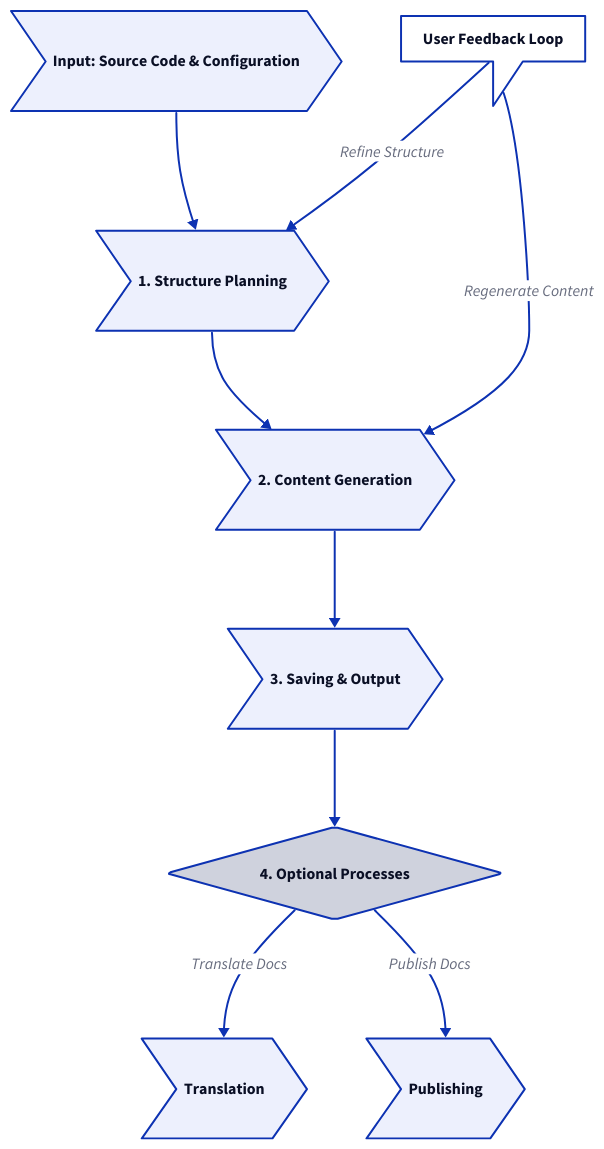
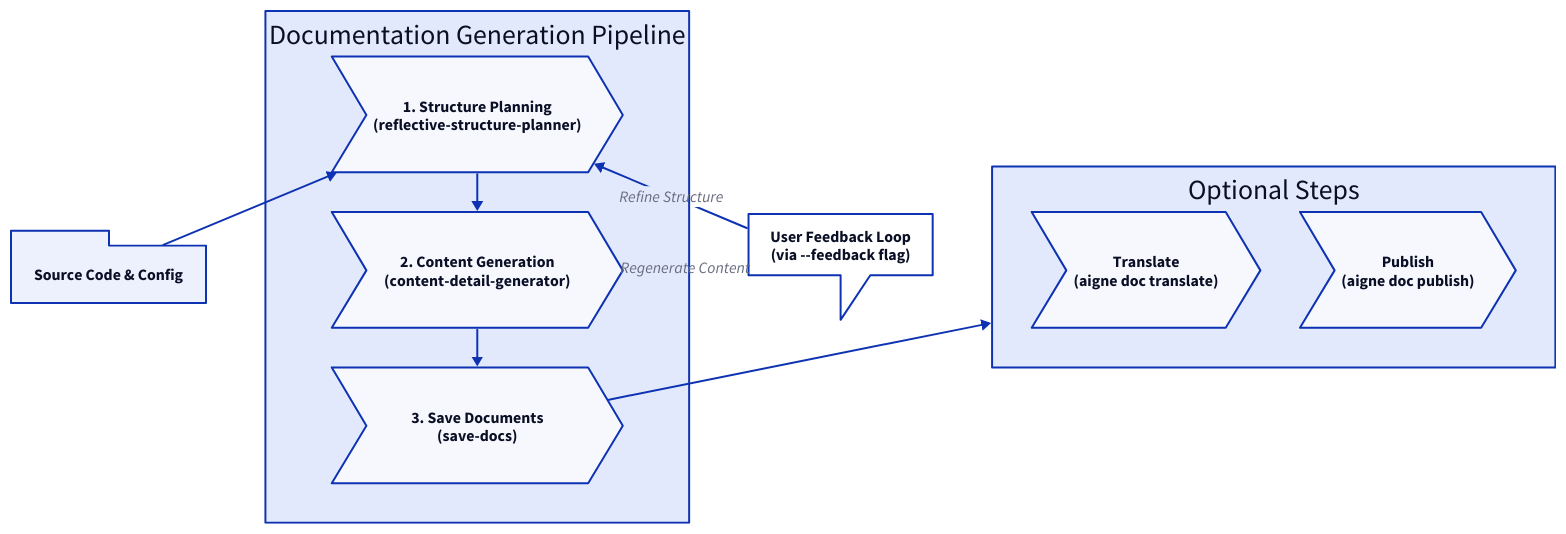
Before and after one commit to AIGNE-io/aigne-doc-smith: the diagram in docs/advanced-how-it-works.md, drawn with D2. The commit also changed other lines of this file and 35 other files, not shown here.

````diff
--- a/docs/advanced-how-it-works.md
+++ b/docs/advanced-how-it-works.md
@@ -21,55 +21,58 @@
 ```d2
 direction: down
 
-"Source Code & Config": {
-  shape: step
-  label: "Input: Source Code & Configuration"
+Input: {
+  label: "Source Code & Config"
+  shape: package
 }
 
-"Structure Planning": {
-  shape: step
-  label: "1. Structure Planning"
+Pipeline: {
+  label: "Documentation Generation Pipeline"
+  grid-columns: 1
+  grid-gap: 40
+
+  Structure-Planning: {
+    label: "1. Structure Planning\n(reflective-structure-planner)"
+    shape: step
+  }
+
+  Content-Generation: {
+    label: "2. Content Generation\n(content-detail-generator)"
+    shape: step
+  }
+
+  Saving: {
+    label: "3. Save Documents\n(save-docs)"
+    shape: step
+  }
 }
 
-"Content Generation": {
-  shape: step
-  label: "2. Content Generation"
+User-Feedback: {
+  label: "User Feedback Loop\n(via --feedback flag)"
+  shape: callout
 }
 
-"Saving & Output": {
-  shape: step
-  label: "3. Saving & Output"
+Optional-Steps: {
+  label: "Optional Steps"
+  grid-columns: 2
+  grid-gap: 40
+  
+  Translation: {
+    label: "Translate\n(aigne doc translate)"
+    shape: step
+  }
+
+  Publishing: {
+    label: "Publish\n(aigne doc publish)"
+    shape: step
+  }
 }
 
-"Optional Processes": {
-  shape: diamond
-  label: "4. Optional Processes"
-}
+Input -> Pipeline.Structure-Planning
+Pipeline.Structure-Planning -> Pipeline.Content-Generation
+Pipeline.Content-Generation -> Pipeline.Saving
+Pipeline.Saving -> Optional-Steps
 
-"Translation": {
-  shape: step
-  label: "Translation"
-}
-
-"Publishing": {
-  shape: step
-  label: "Publishing"
-}
-
-"Feedback Loop": {
-  shape: callout
-  label: "User Feedback Loop"
-}
-
-"Source Code & Config" -> "Structure Planning"
-"Structure Planning" -> "Content Generation"
-"Content Generation" -> "Saving & Output"
-"Saving & Output" -> "Optional Processes"
-
-"Optional Processes" -> "Translation": "Translate Docs"
-"Optional Processes" -> "Publishing": "Publish Docs"
-
-"Structure Planning" <- "Feedback Loop": "Refine Structure"
-"Content Generation" <- "Feedback Loop": "Regenerate Content"
-
+User-Feedback -> Pipeline.Structure-Planning: "Refine Structure"
+User-Feedback -> Pipeline.Content-Generation: "Regenerate Content"
 ```
````
